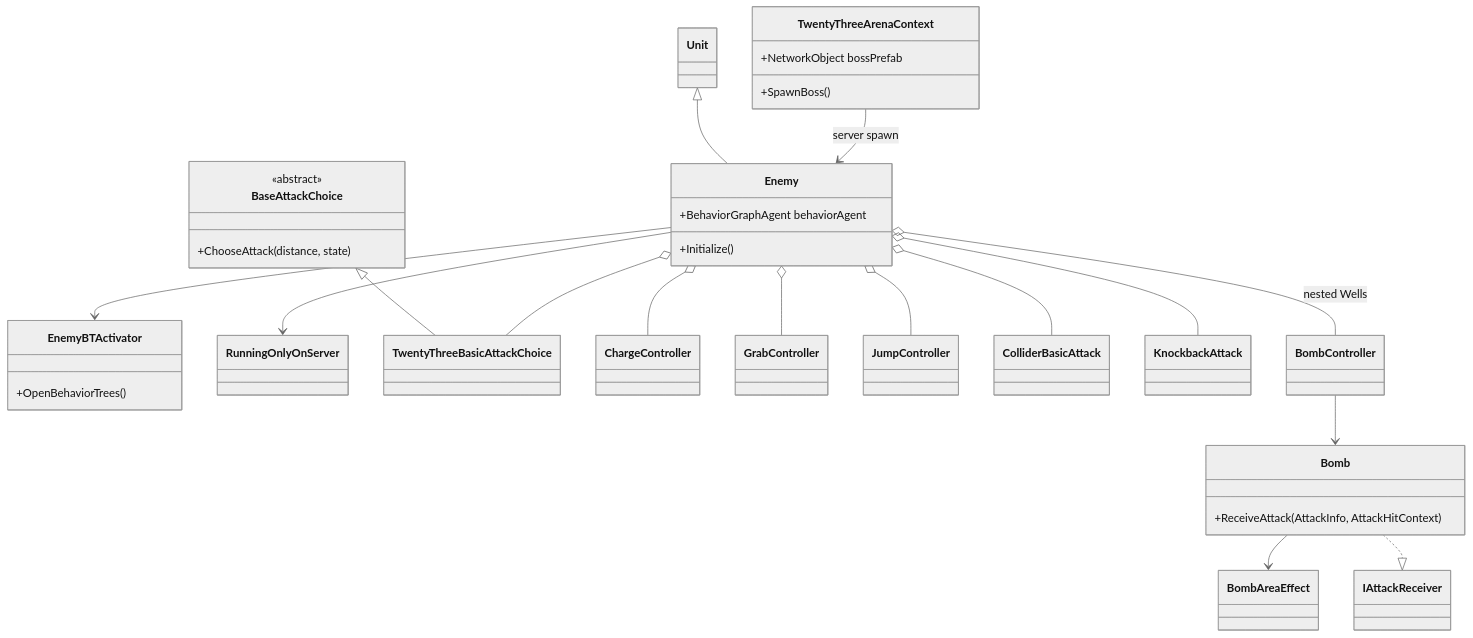
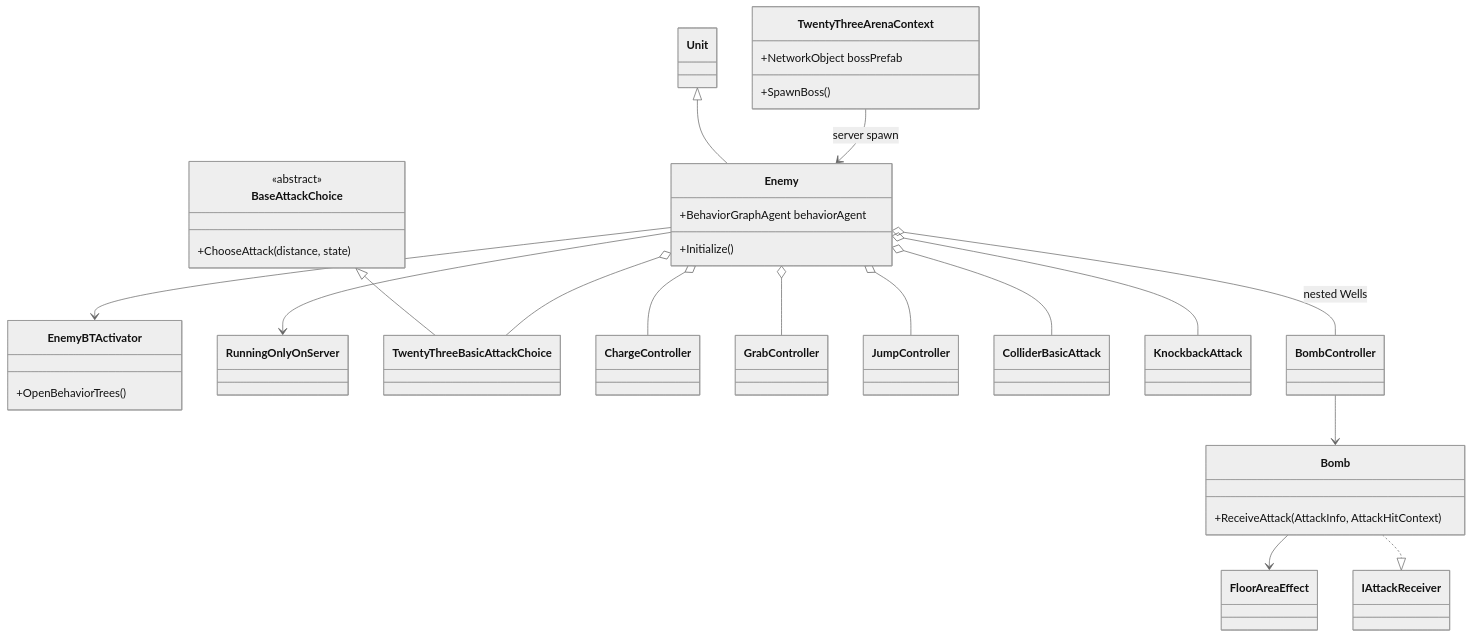
Diagram 16 of 33 in Docs/tech/game-structure-uml.md (Fujino-Tatsuya/MainProject), drawn with Mermaid (neutral theme) before and after one commit. The commit also changed other lines of this file and 39 other files, not shown here.

````diff
--- a/Docs/tech/game-structure-uml.md
+++ b/Docs/tech/game-structure-uml.md
@@ -651,46 +651,46 @@
 ```mermaid
 classDiagram
     class Enemy {
         +BehaviorGraphAgent behaviorAgent
         +Initialize()
     }
     class TwentyThreeArenaContext {
         +NetworkObject bossPrefab
         +SpawnBoss()
     }
     class EnemyBTActivator {
         +OpenBehaviorTrees()
     }
     class RunningOnlyOnServer
     class BaseAttackChoice {
         <<abstract>>
         +ChooseAttack(distance, state)
     }
     class TwentyThreeBasicAttackChoice
     class ChargeController
     class GrabController
     class JumpController
     class ColliderBasicAttack
     class KnockbackAttack
     class BombController
     class Bomb {
         +ReceiveAttack(AttackInfo, AttackHitContext)
     }
-    class BombAreaEffect
+    class FloorAreaEffect
 
     Unit <|-- Enemy
     TwentyThreeArenaContext --> Enemy : server spawn
     Enemy --> EnemyBTActivator
     Enemy --> RunningOnlyOnServer
     BaseAttackChoice <|-- TwentyThreeBasicAttackChoice
     Enemy o-- TwentyThreeBasicAttackChoice
     Enemy o-- ChargeController
     Enemy o-- GrabController
     Enemy o-- JumpController
     Enemy o-- ColliderBasicAttack
     Enemy o-- KnockbackAttack
     Enemy o-- BombController : nested Wells
     BombController --> Bomb
-    Bomb --> BombAreaEffect
+    Bomb --> FloorAreaEffect
     Bomb ..|> IAttackReceiver
 ```
````
